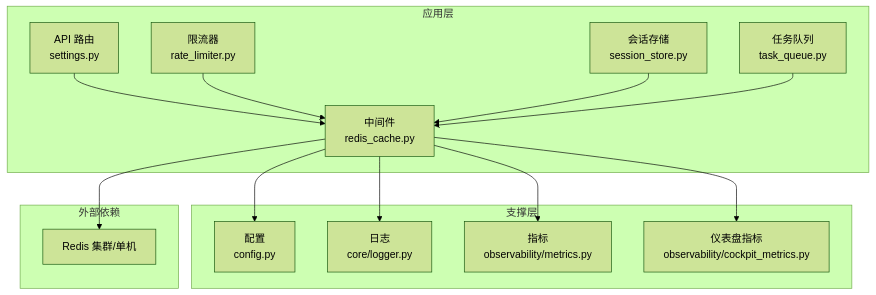
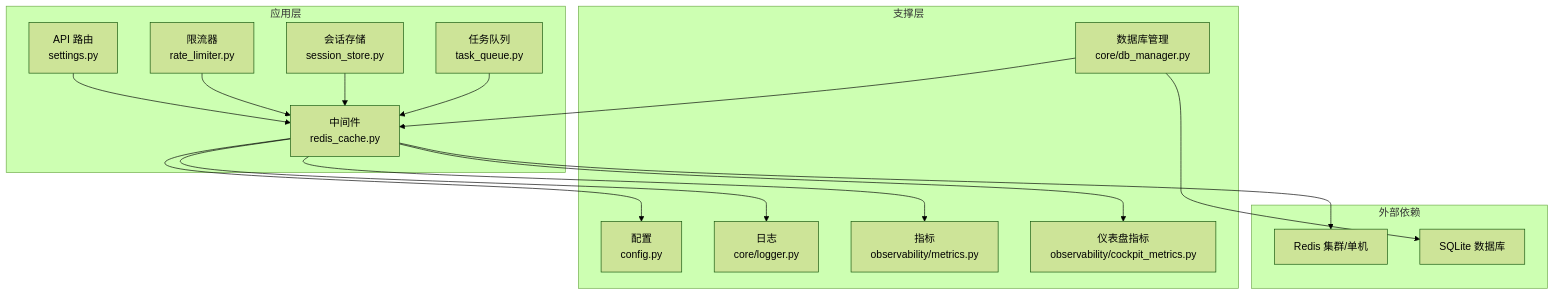
One commit to zmdhdu/NexusCockpit changed the first of 6 diagrams in .qoder/repowiki/zh/content/中间件和服务/缓存服务.md. Above: the diagram before and after it, drawn with Mermaid (forest theme). The commit also changed other lines of this file and 21 other files, not shown here.

````diff
--- a/.qoder/repowiki/zh/content/中间件和服务/缓存服务.md
+++ b/.qoder/repowiki/zh/content/中间件和服务/缓存服务.md
@@ -34,28 +42,32 @@
 ```mermaid
 graph TB
 subgraph "应用层"
 API["API 路由<br/>settings.py"]
 MW["中间件<br/>redis_cache.py"]
 RL["限流器<br/>rate_limiter.py"]
 SS["会话存储<br/>session_store.py"]
 TQ["任务队列<br/>task_queue.py"]
 end
 subgraph "支撑层"
 CFG["配置<br/>config.py"]
 LOG["日志<br/>core/logger.py"]
 MET["指标<br/>observability/metrics.py"]
 CMET["仪表盘指标<br/>observability/cockpit_metrics.py"]
+DBM["数据库管理<br/>core/db_manager.py"]
 end
 subgraph "外部依赖"
 REDIS["Redis 集群/单机"]
+SQLITE["SQLite 数据库"]
 end
 API --> MW
 RL --> MW
 SS --> MW
 TQ --> MW
 MW --> CFG
 MW --> LOG
 MW --> MET
 MW --> CMET
 MW --> REDIS
+DBM --> SQLITE
+DBM --> MW
 ```
````
